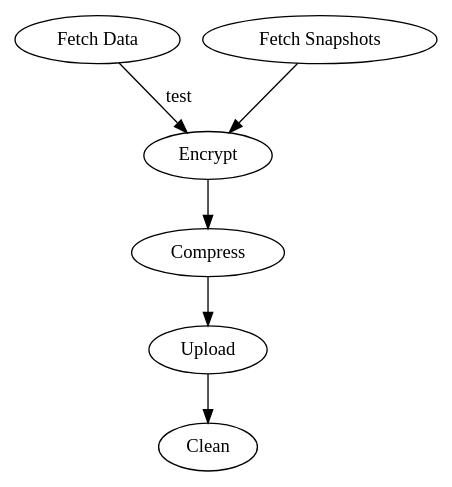
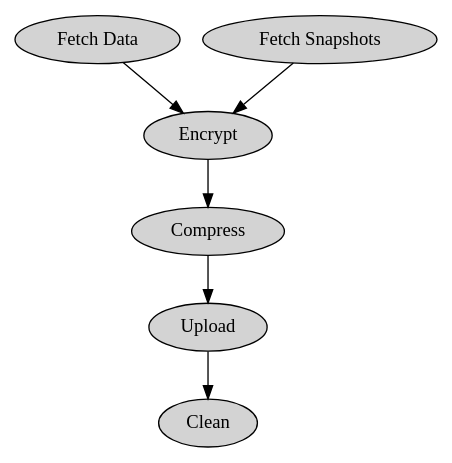
One commit to CharMixer/wf-engine changed the diagram in wf.dot. Above: the diagram before and after it, drawn with Graphviz.

Commit message:
Changed formatting and added run commands

```diff
--- a/wf.dot
+++ b/wf.dot
@@ -1,18 +1,50 @@
-digraph graphname {
+digraph wf_backup {
 
-   // Steps
-   fetch_data      [label="Fetch Data"      pre=""                           post="fetch_data"]
-   fetch_snapshots [label="Fetch Snapshots" pre=""                           post="fetch_snapshots"]
-   encrypt         [label="Encrypt"         pre="fetch_data,fetch_snapshots" post="encrypt"]
-   compress        [label="Compress"        pre="encrypt"                    post="compress"]
-   upload          [label="Upload"          pre="compress"                   post="upload"]
-   clean           [label="Clean"           pre="upload"                     post="clean"]
+  node [style=filled]
 
-   // Edges
-   fetch_data -> encrypt [label="test"]
-   fetch_snapshots -> encrypt
-   encrypt -> compress
-   compress -> upload
-   upload -> clean
+  // Steps
+  fetch_data      [
+    label="Fetch Data"
+    pre=""
+    post="fetch_data"
+    run="/usr/bin/backup --fetch-data"
+  ]
+  fetch_snapshots [
+    label="Fetch Snapshots"
+    pre=""
+    post="fetch_snapshots"
+    run="/usr/bin/backup --fetch-snapshots"
+  ]
+  encrypt         [
+    label="Encrypt"
+    pre="fetch_data,fetch_snapshots"
+    post="encrypt"
+    run="/usr/bin/backup --encrypt"
+  ]
+  compress        [
+    label="Compress"
+    pre="encrypt"
+    post="compress"
+    run="/usr/bin/backup --compress"
+  ]
+  upload          [
+    label="Upload"
+    pre="compress"
+    post="upload"
+    run="/usr/bin/backup --upload"
+  ]
+  clean           [
+    label="Clean"
+    pre="upload"
+    post="clean"
+    run="/usr/bin/backup --clean"
+  ]
+
+  // Edges
+  fetch_data      -> encrypt
+  fetch_snapshots -> encrypt
+  encrypt         -> compress
+  compress        -> upload
+  upload          -> clean
 
  }
```
